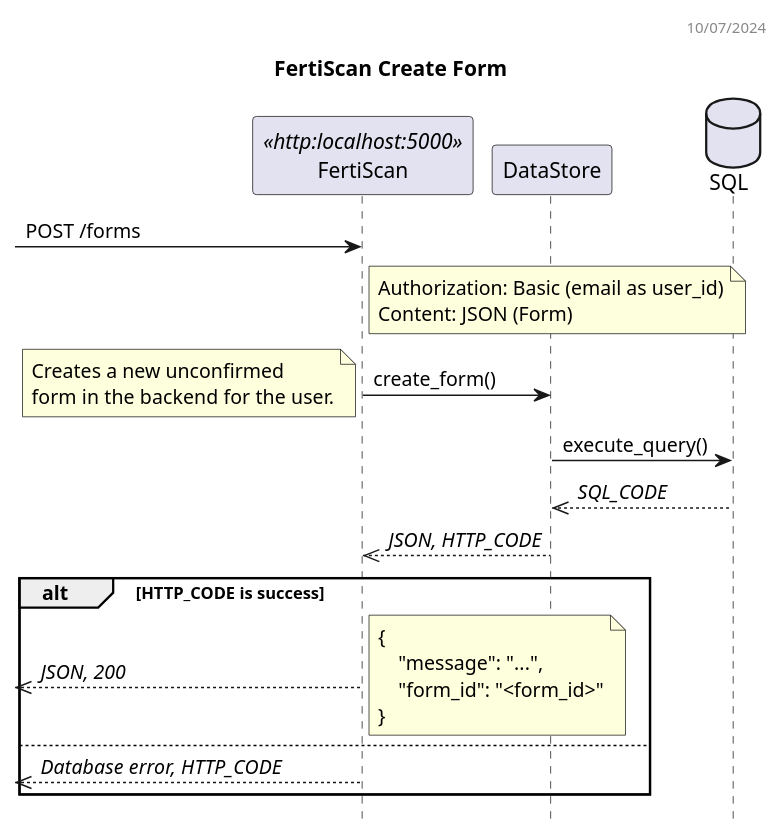
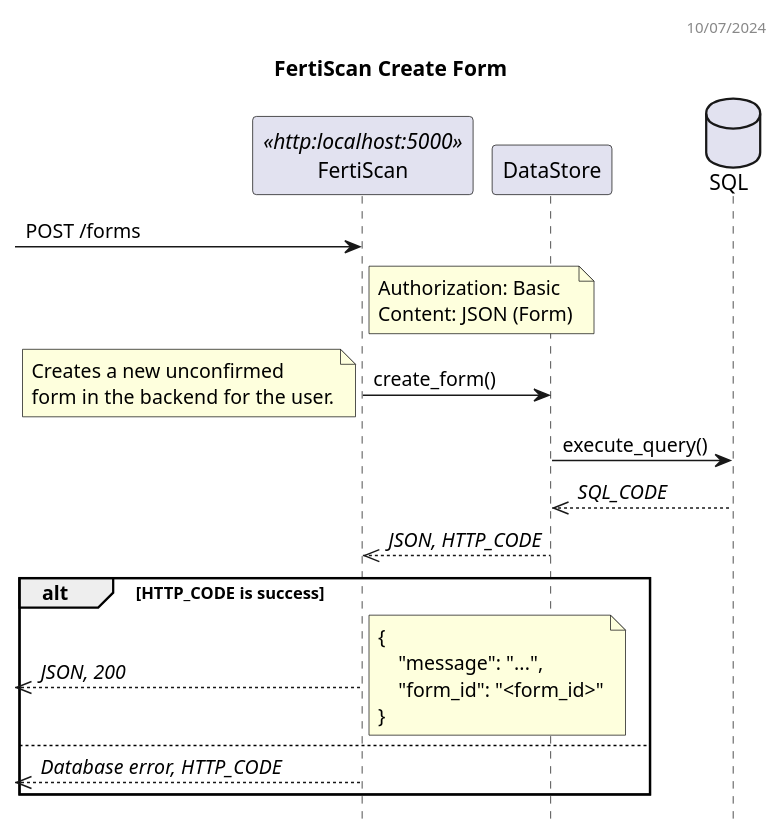
One commit to ai-cfia/fertiscan-backend changed the diagram in docs/create_dss.puml. Above: the diagram before and after it, drawn with PlantUML. The commit also changed 8 other files, not shown here.

Commit message:
doc: remove mention of email from diagrams

```diff
--- a/docs/create_dss.puml
+++ b/docs/create_dss.puml
@@ -1,37 +1,37 @@
 @startuml FertiScan Sequence Diagram
 header 10/07/2024
 
 title FertiScan Create Form
 hide empty members
 hide footbox
 
 participant FertiScan as BE <<http:localhost:5000>>
 participant DataStore as DS
 database SQL as DB
 
 -> BE: POST /forms
 note right BE
-  Authorization: Basic (email as user_id)
+  Authorization: Basic
   Content: JSON (Form)
 end note
 BE -> DS: create_form()
 note left
     Creates a new unconfirmed
     form in the backend for the user.
 end note
 DS -> DB: execute_query()
 DS <<-- DB: //SQL_CODE//
 BE <<-- DS: //JSON, HTTP_CODE//
 alt HTTP_CODE is success
   <<-- BE: //JSON, 200//
   note right
     {
         "message": "...",
         "form_id": "<form_id>"
     }
   end note
 else
   <<-- BE: //Database error, HTTP_CODE//
 end
 
 @enduml
```
